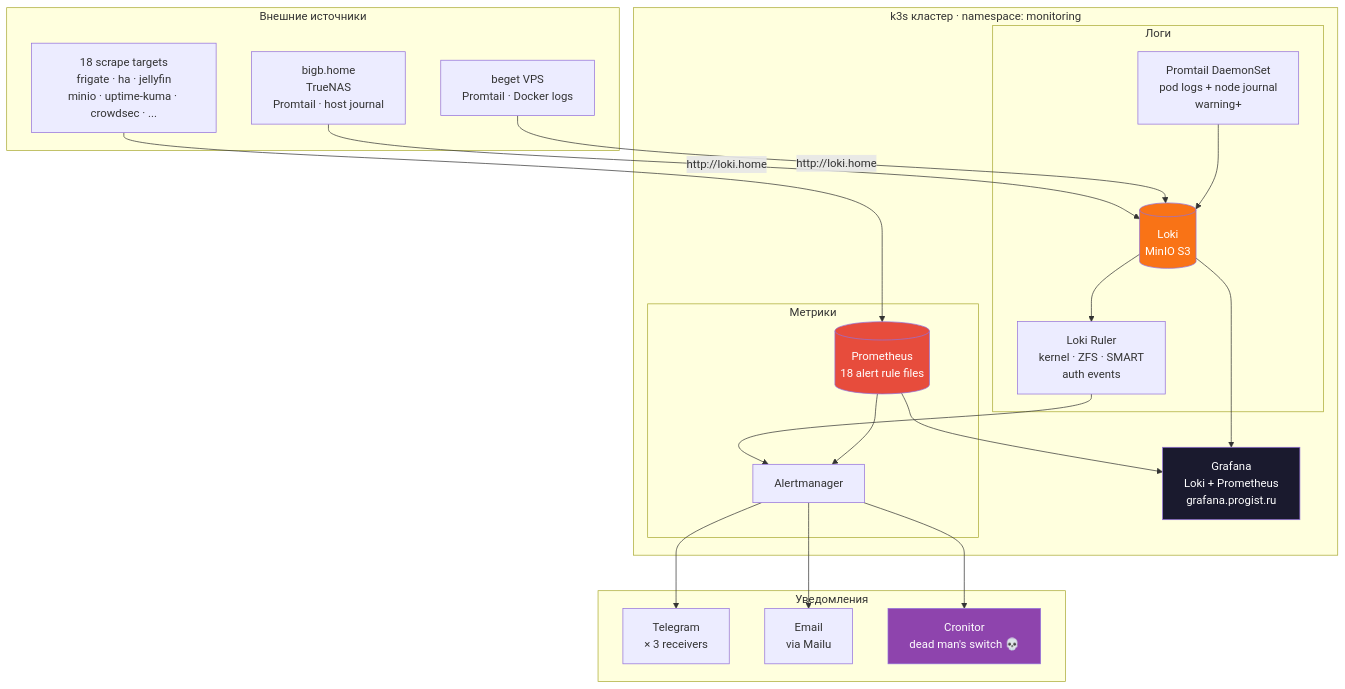
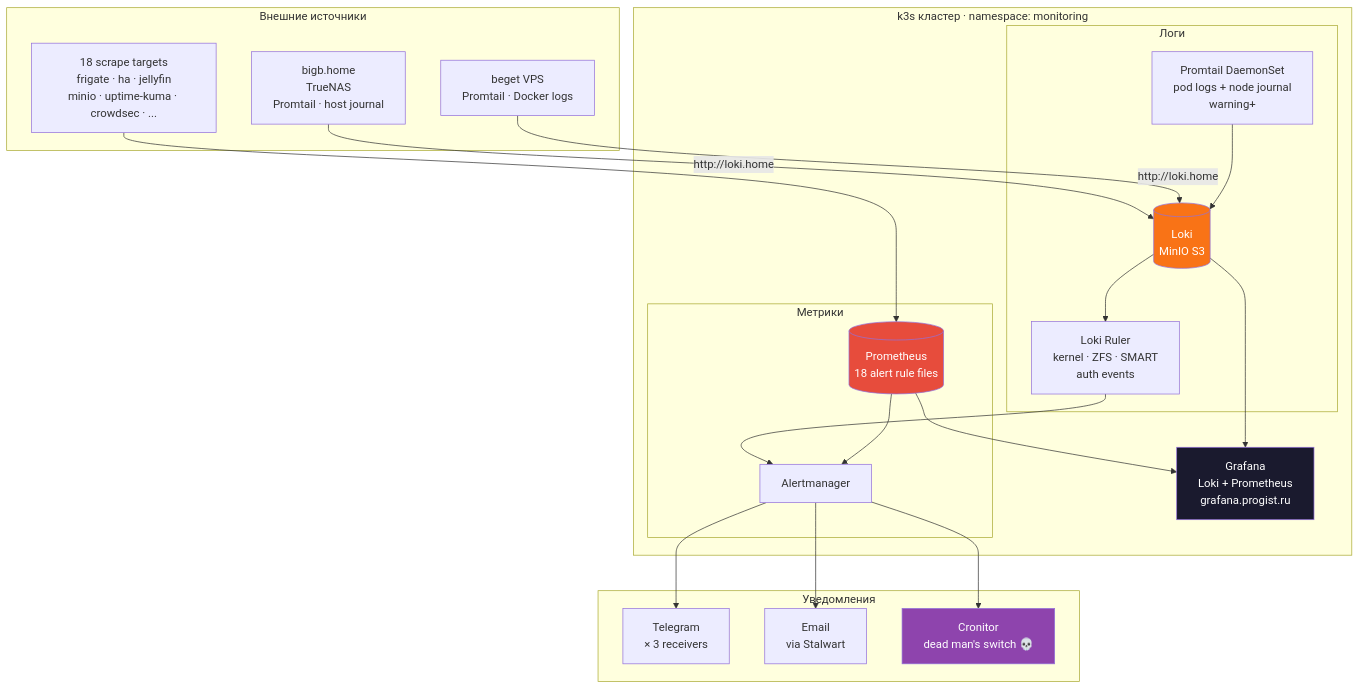
Before and after one commit to progist1/home-k3s: the fifth of 5 diagrams in README.md, drawn with Mermaid. The commit also changed other lines of this file and 10 other files, not shown here.

````diff
--- a/README.md
+++ b/README.md
@@ -301,56 +301,56 @@
 ```mermaid
 flowchart TB
     subgraph external["Внешние источники"]
         bigb["bigb.home
 TrueNAS
 Promtail · host journal"]
         beget["beget VPS
 Promtail · Docker logs"]
         ext17["18 scrape targets
 frigate · ha · jellyfin
 minio · uptime-kuma · crowdsec · ..."]
     end
 
     subgraph cluster["k3s кластер · namespace: monitoring"]
         subgraph logs["Логи"]
             ptds["Promtail DaemonSet
 pod logs + node journal
 warning+"]
             loki[("Loki
 MinIO S3")]
             rules["Loki Ruler
 kernel · ZFS · SMART
 auth events"]
         end
         subgraph metrics["Метрики"]
             prom[("Prometheus
 18 alert rule files")]
             am["Alertmanager"]
         end
         grafana["Grafana
 Loki + Prometheus
 grafana.progist.ru"]
     end
 
     subgraph notify["Уведомления"]
         tg["Telegram
 × 3 receivers"]
         mail["Email
-via Mailu"]
+via Stalwart"]
         cronitor["Cronitor
 dead man's switch 💀"]
     end
 
     bigb & beget -->|"http://loki.home"| loki
     ptds --> loki
     loki --> rules --> am
     ext17 --> prom
     prom --> am
     am --> tg & mail & cronitor
     loki & prom --> grafana
 
     style loki fill:#f97316,color:#fff
     style prom fill:#e74c3c,color:#fff
     style cronitor fill:#8e44ad,color:#fff
     style grafana fill:#1a1a2e,color:#fff
 ```
````
